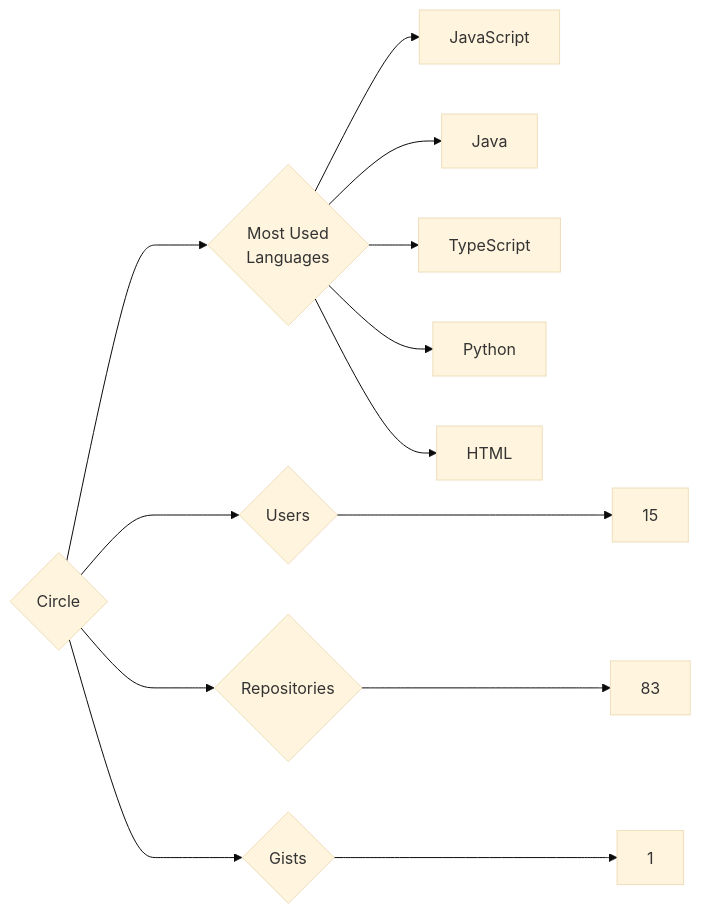
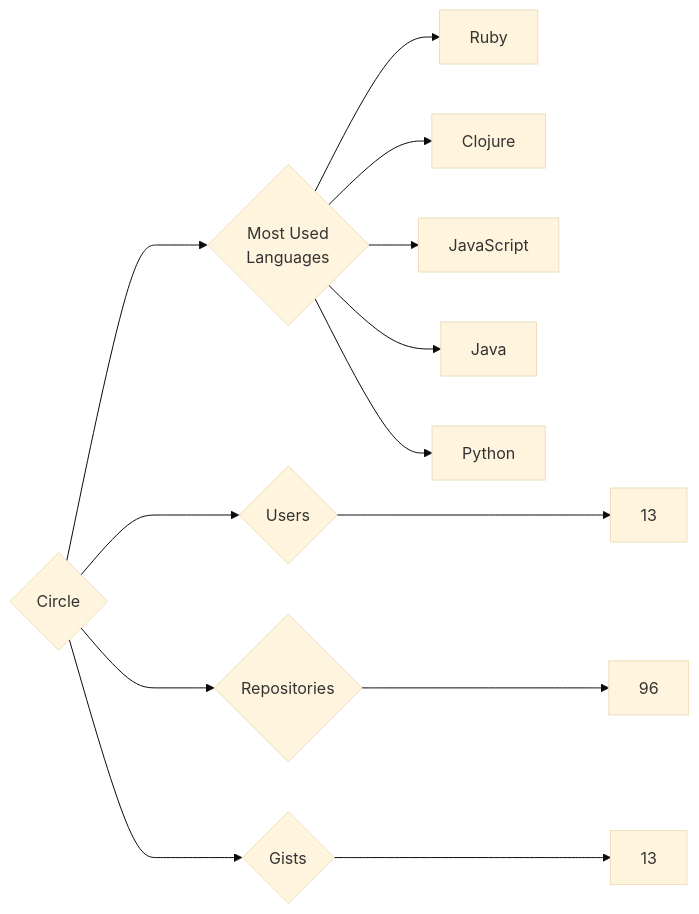
One commit to trickest/insiders changed the diagram in targets/Circle/README.md. Above: the diagram before and after it, drawn with Mermaid (base theme). The commit also changed 720 other files, not shown here.

````diff
--- a/targets/Circle/README.md
+++ b/targets/Circle/README.md
@@ -3,13 +3,13 @@
 ```mermaid
 graph LR
 COMPANY_NAME{Circle}
-COMPANY_NAME ---> U{Users} ---> UN[15]
-COMPANY_NAME ---> R{Repositories} ---> RN[83]
-COMPANY_NAME ---> G{Gists} ---> GN[1]
+COMPANY_NAME ---> U{Users} ---> UN[13]
+COMPANY_NAME ---> R{Repositories} ---> RN[96]
+COMPANY_NAME ---> G{Gists} ---> GN[13]
 COMPANY_NAME ---> ML{Most Used<br>Languages}
+ML --> Ruby[Ruby]
+ML --> Clojure[Clojure]
 ML --> JavaScript[JavaScript]
 ML --> Java[Java]
-ML --> TypeScript[TypeScript]
 ML --> Python[Python]
-ML --> HTML[HTML]
 ```
````
